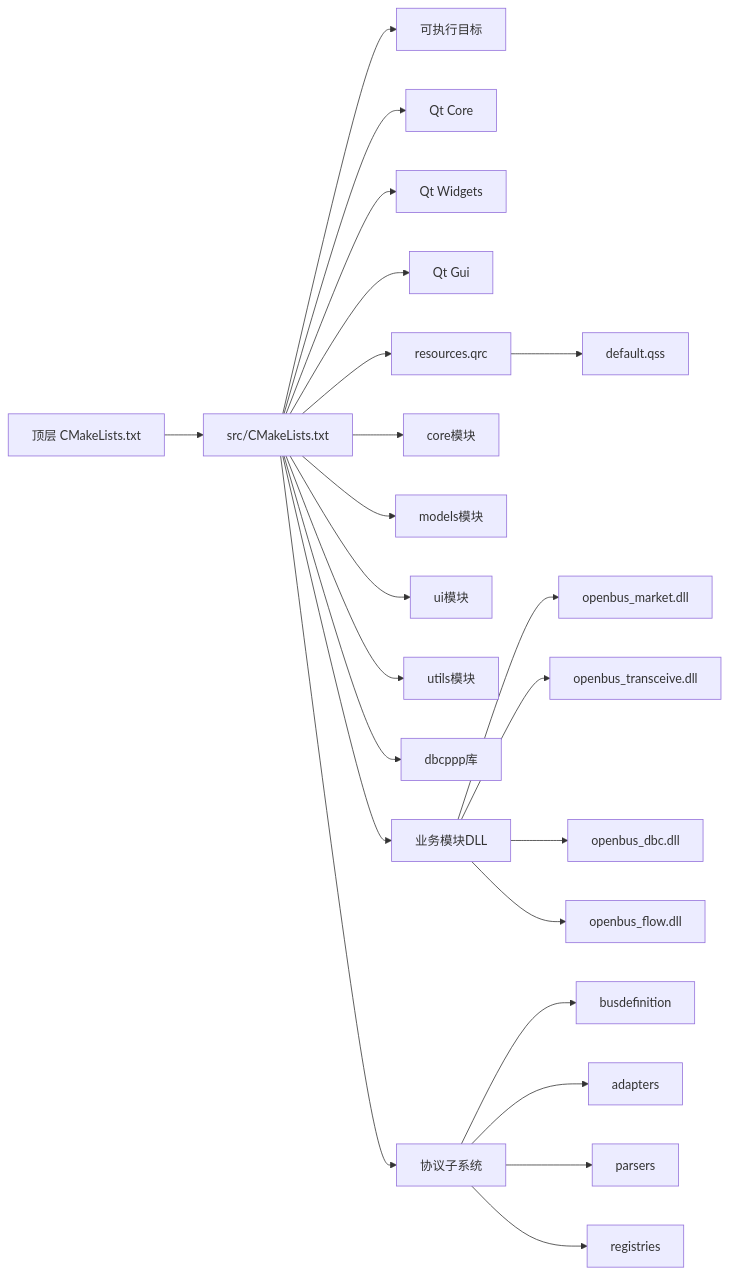
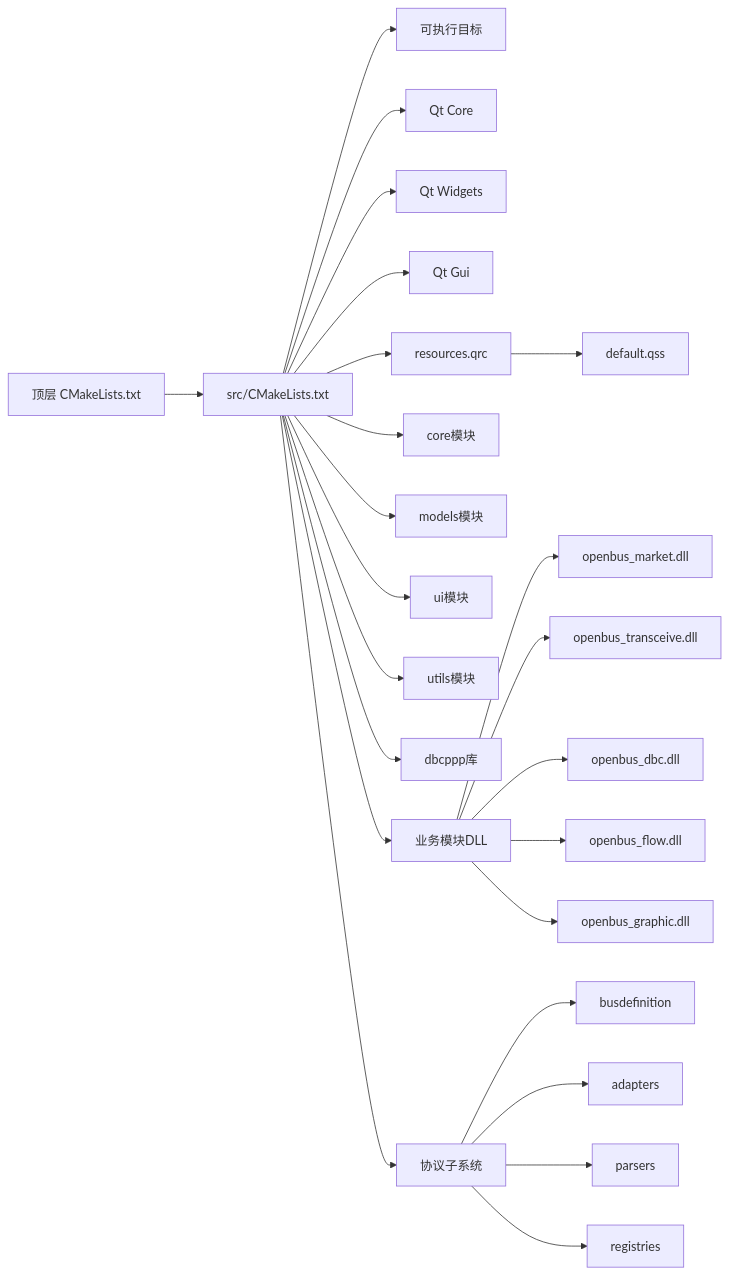
Before and after one commit to jakecai1225-design/OpenBus: the seventh of 8 diagrams in .qoder/repowiki/zh/content/核心模块详解/核心模块详解.md, drawn with Mermaid. The commit also changed other lines of this file and 21 other files, not shown here.

````diff
--- a/.qoder/repowiki/zh/content/核心模块详解/核心模块详解.md
+++ b/.qoder/repowiki/zh/content/核心模块详解/核心模块详解.md
@@ -955,25 +1059,26 @@
 ```mermaid
 graph LR
 Top["顶层 CMakeLists.txt"] --> Src["src/CMakeLists.txt"]
 Src --> Target["可执行目标"]
 Src --> QtCore["Qt Core"]
 Src --> QtWidgets["Qt Widgets"]
 Src --> QtGui["Qt Gui"]
 Src --> QRC["resources.qrc"]
 QRC --> QSS["default.qss"]
 Src --> Core["core模块"]
 Src --> Models["models模块"]
 Src --> UI["ui模块"]
 Src --> Utils["utils模块"]
 Src --> DBCPP["dbcppp库"]
 Src --> Modules["业务模块DLL"]
 Src --> Protocol["协议子系统"]
 Protocol --> BusDef["busdefinition"]
 Protocol --> Adapters["adapters"]
 Protocol --> Parsers["parsers"]
 Protocol --> Registries["registries"]
 Modules --> Market["openbus_market.dll"]
 Modules --> Transceive["openbus_transceive.dll"]
 Modules --> DBC["openbus_dbc.dll"]
 Modules --> Flow["openbus_flow.dll"]
+Modules --> Graphic["openbus_graphic.dll"]
 ```
````
